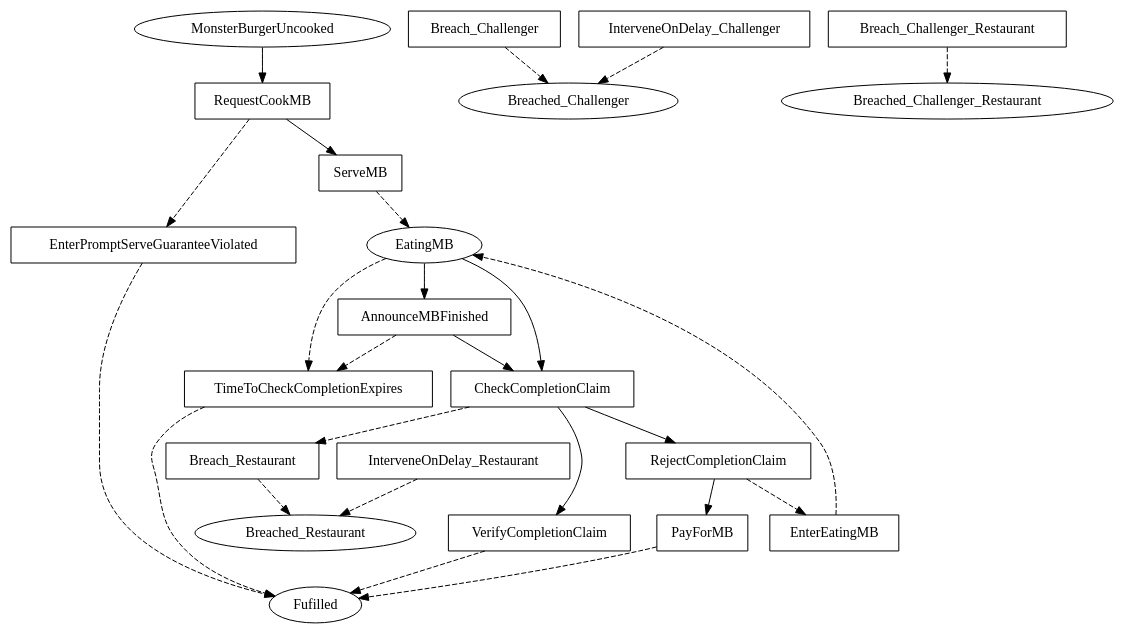
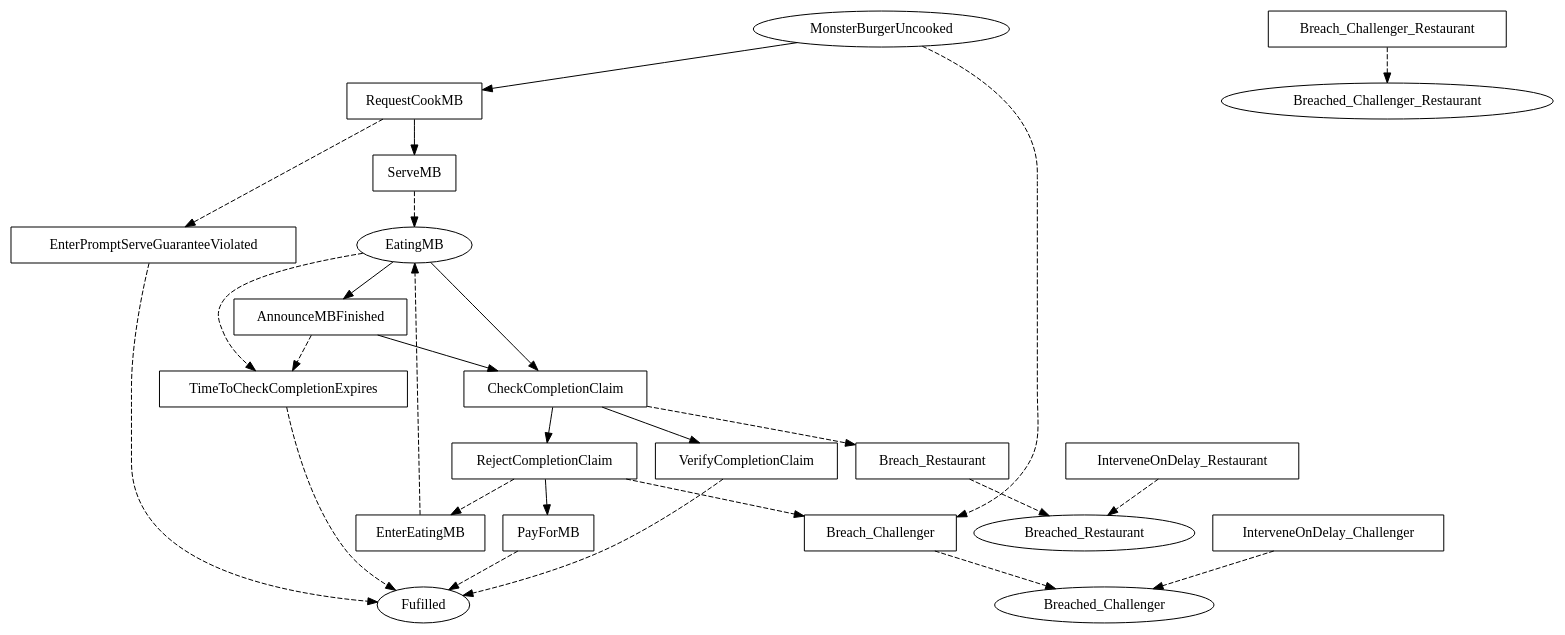
Before and after one commit to Marcao02/complaw-deeptech: the diagram in linear_state_machine_language/pyL4/examples/out_graphviz/toy_and_teaching/monster_burger_program_only.dot, drawn with Graphviz. The commit also changed 39 other files, not shown here.

```diff
--- a/linear_state_machine_language/pyL4/examples/out_graphviz/toy_and_teaching/monster_burger_program_only.dot
+++ b/linear_state_machine_language/pyL4/examples/out_graphviz/toy_and_teaching/monster_burger_program_only.dot
@@ -1,58 +1,60 @@
 // THIS IS A GENERATED FILE. DO NOT EDIT.
 
 digraph Monster_Burger {    
     Fulfilled[label=Fufilled];
     MonsterBurgerUncooked[label=MonsterBurgerUncooked];
 	EatingMB[label=EatingMB];
 	Breached_Restaurant[label=Breached_Restaurant];
 	Breached_Challenger[label=Breached_Challenger];
 	Breached_Challenger_Restaurant[label=Breached_Challenger_Restaurant]
     
      
     RequestCookMB[label=RequestCookMB,shape=box];
 	ServeMB[label=ServeMB,shape=box];
 	EnterPromptServeGuaranteeViolated[label=EnterPromptServeGuaranteeViolated,shape=box];
 	EnterEatingMB[label=EnterEatingMB,shape=box];
 	AnnounceMBFinished[label=AnnounceMBFinished,shape=box];
 	TimeToCheckCompletionExpires[label=TimeToCheckCompletionExpires,shape=box];
 	CheckCompletionClaim[label=CheckCompletionClaim,shape=box];
 	RejectCompletionClaim[label=RejectCompletionClaim,shape=box];
 	PayForMB[label=PayForMB,shape=box];
 	VerifyCompletionClaim[label=VerifyCompletionClaim,shape=box];
 	Breach_Restaurant[label=Breach_Restaurant,shape=box];
 	Breach_Challenger[label=Breach_Challenger,shape=box];
 	Breach_Challenger_Restaurant[label=Breach_Challenger_Restaurant,shape=box];
 	InterveneOnDelay_Challenger[label=InterveneOnDelay_Challenger,shape=box];
 	InterveneOnDelay_Restaurant[label=InterveneOnDelay_Restaurant,shape=box]    
     
     
     
     MonsterBurgerUncooked -> RequestCookMB;
+	MonsterBurgerUncooked -> Breach_Challenger [style=dashed];
 	RequestCookMB -> ServeMB;
 	RequestCookMB -> EnterPromptServeGuaranteeViolated [style=dashed];
 	EatingMB -> AnnounceMBFinished;
 	EatingMB -> CheckCompletionClaim;
 	EatingMB -> TimeToCheckCompletionExpires [style=dashed];
 	AnnounceMBFinished -> CheckCompletionClaim;
 	AnnounceMBFinished -> TimeToCheckCompletionExpires [style=dashed];
 	CheckCompletionClaim -> VerifyCompletionClaim;
 	CheckCompletionClaim -> RejectCompletionClaim;
 	CheckCompletionClaim -> Breach_Restaurant [style=dashed];
 	RejectCompletionClaim -> EnterEatingMB [style=dashed];
-	RejectCompletionClaim -> PayForMB
+	RejectCompletionClaim -> PayForMB;
+	RejectCompletionClaim -> Breach_Challenger [style=dashed]
     
     ServeMB -> EatingMB [style=dashed];
 	EnterPromptServeGuaranteeViolated -> Fulfilled [style=dashed];
 	EnterEatingMB -> EatingMB [style=dashed];
 	TimeToCheckCompletionExpires -> Fulfilled [style=dashed];
 	PayForMB -> Fulfilled [style=dashed];
 	VerifyCompletionClaim -> Fulfilled [style=dashed];
 	Breach_Restaurant -> Breached_Restaurant [style=dashed];
 	Breach_Challenger -> Breached_Challenger [style=dashed];
 	Breach_Challenger_Restaurant -> Breached_Challenger_Restaurant [style=dashed];
 	InterveneOnDelay_Challenger -> Breached_Challenger [style=dashed];
 	InterveneOnDelay_Restaurant -> Breached_Restaurant [style=dashed];
 	     
     
        
 }
```
